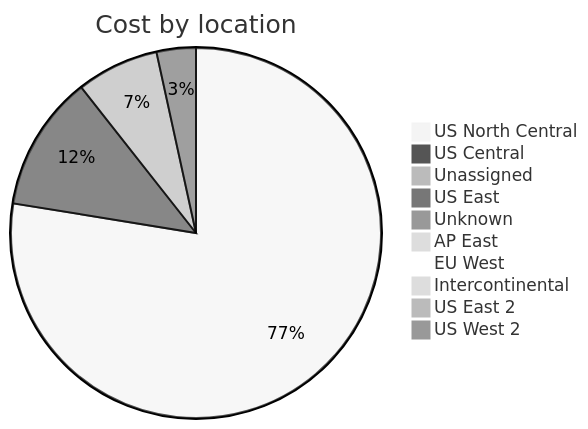
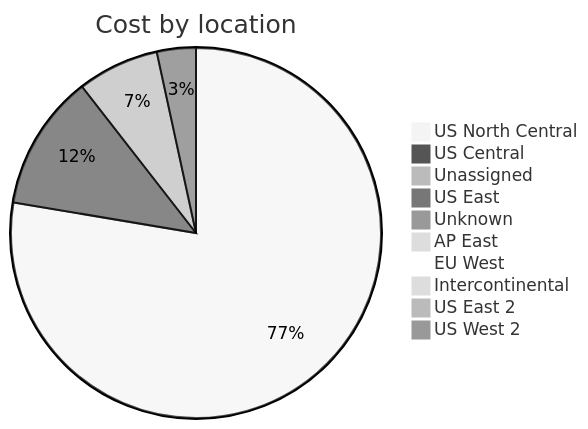
One commit to jpfulton/azure-personal-reports changed the third of 4 diagrams in cost-reports/accumulated-cost.md. Above: the diagram before and after it, drawn with Mermaid (neutral theme). The commit also changed other lines of this file and 34 other files, not shown here.

````diff
--- a/cost-reports/accumulated-cost.md
+++ b/cost-reports/accumulated-cost.md
@@ -132,14 +132,14 @@
 ```mermaid
 pie
    title Cost by location
-   "US North Central" : 125.18
-   "US Central" : 19.08
-   "Unassigned" : 11.61
-   "US East" : 5.53
-   "Unknown" : 0.68
+   "US North Central" : 126.56
+   "US Central" : 19.28
+   "Unassigned" : 11.62
+   "US East" : 5.54
+   "Unknown" : 0.70
    "AP East" : 0.00
    "EU West" : 0.00
    "Intercontinental" : 0.00
    "US East 2" : 0.00
    "US West 2" : 0.00
 ```
````
